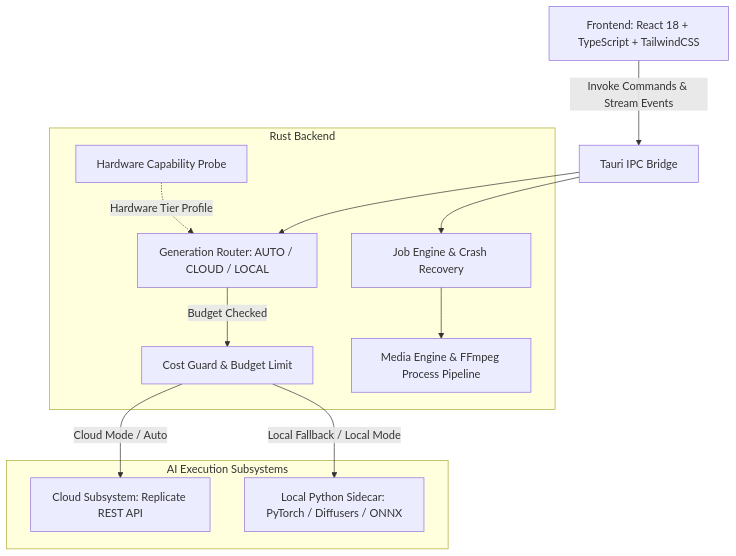
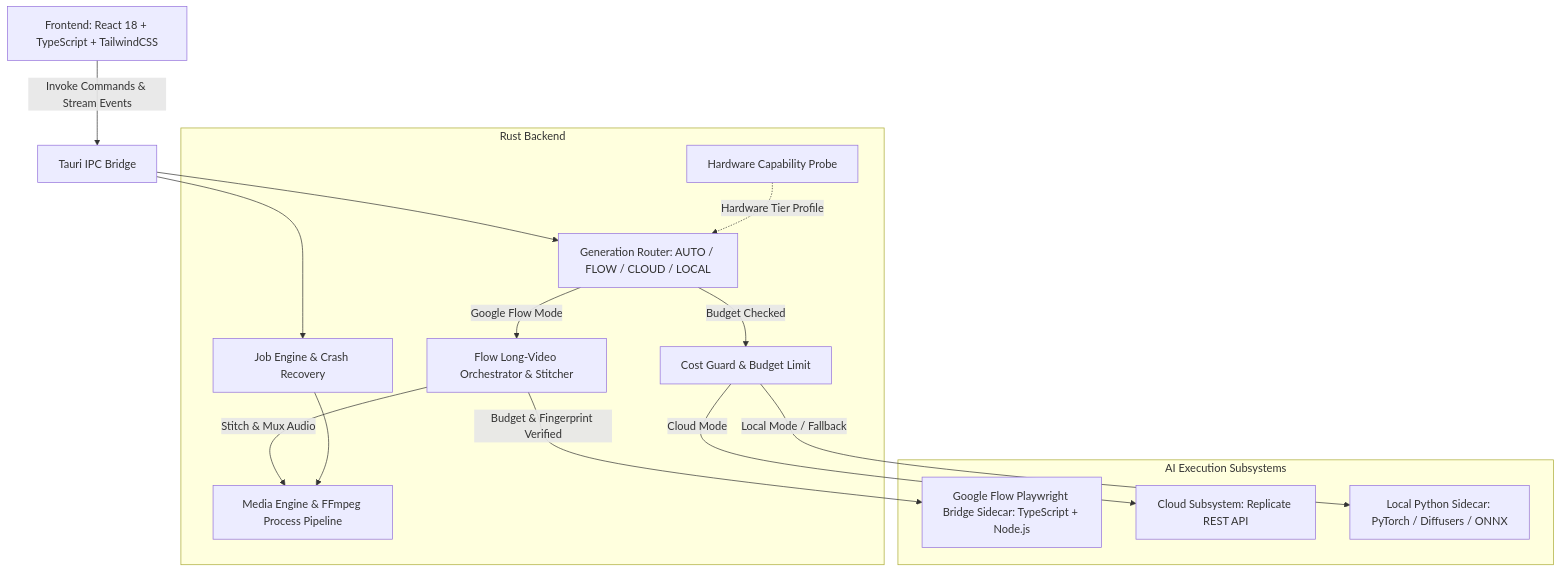
The diagram in README.md (quanittb/autovideo-ai), drawn with Mermaid before and after one commit. The commit also changed other lines of this file and 2 other files, not shown here.

Commit message:
feat(flow): complete Phase C UI polish, multi-segment guidance, and architecture documentation

````diff
--- a/README.md
+++ b/README.md
@@ -18,27 +19,32 @@
 ```mermaid
 graph TD
     UI[Frontend: React 18 + TypeScript + TailwindCSS]
     IPC[Tauri IPC Bridge]
     
     subgraph Rust Backend
         JE[Job Engine & Crash Recovery]
-        ROUTER[Generation Router: AUTO / CLOUD / LOCAL]
+        ROUTER[Generation Router: AUTO / FLOW / CLOUD / LOCAL]
         GUARD[Cost Guard & Budget Limit]
         MEDIA[Media Engine & FFmpeg Process Pipeline]
         PROBE[Hardware Capability Probe]
+        FLOW_ORCH[Flow Long-Video Orchestrator & Stitcher]
     end
     
     subgraph AI Execution Subsystems
+        FLOW_SIDECAR[Google Flow Playwright Bridge Sidecar: TypeScript + Node.js]
         CLOUD[Cloud Subsystem: Replicate REST API]
         LOCAL[Local Python Sidecar: PyTorch / Diffusers / ONNX]
     end
 
     UI -->|Invoke Commands & Stream Events| IPC
     IPC --> JE
     IPC --> ROUTER
+    ROUTER -->|Google Flow Mode| FLOW_ORCH
+    FLOW_ORCH -->|Budget & Fingerprint Verified| FLOW_SIDECAR
+    FLOW_ORCH -->|Stitch & Mux Audio| MEDIA
     ROUTER -->|Budget Checked| GUARD
-    GUARD -->|Cloud Mode / Auto| CLOUD
-    GUARD -->|Local Fallback / Local Mode| LOCAL
+    GUARD -->|Cloud Mode| CLOUD
+    GUARD -->|Local Mode / Fallback| LOCAL
     JE --> MEDIA
     PROBE -.->|Hardware Tier Profile| ROUTER
 ```
````
